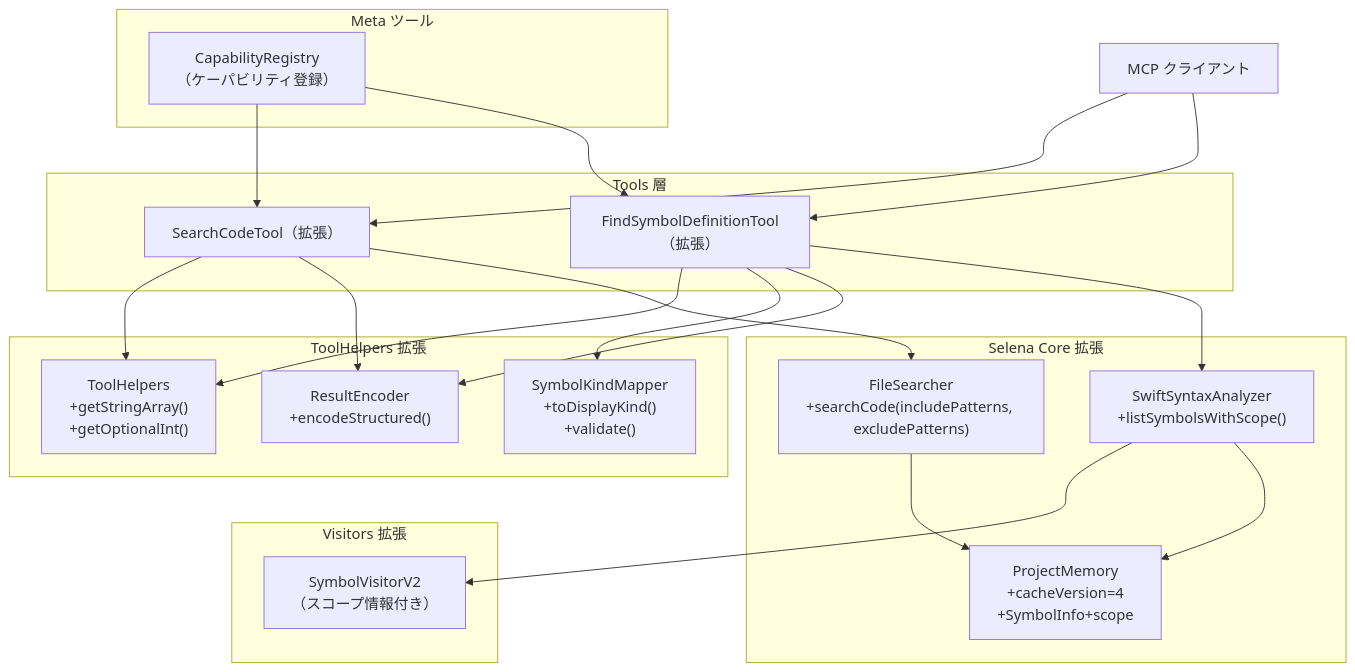
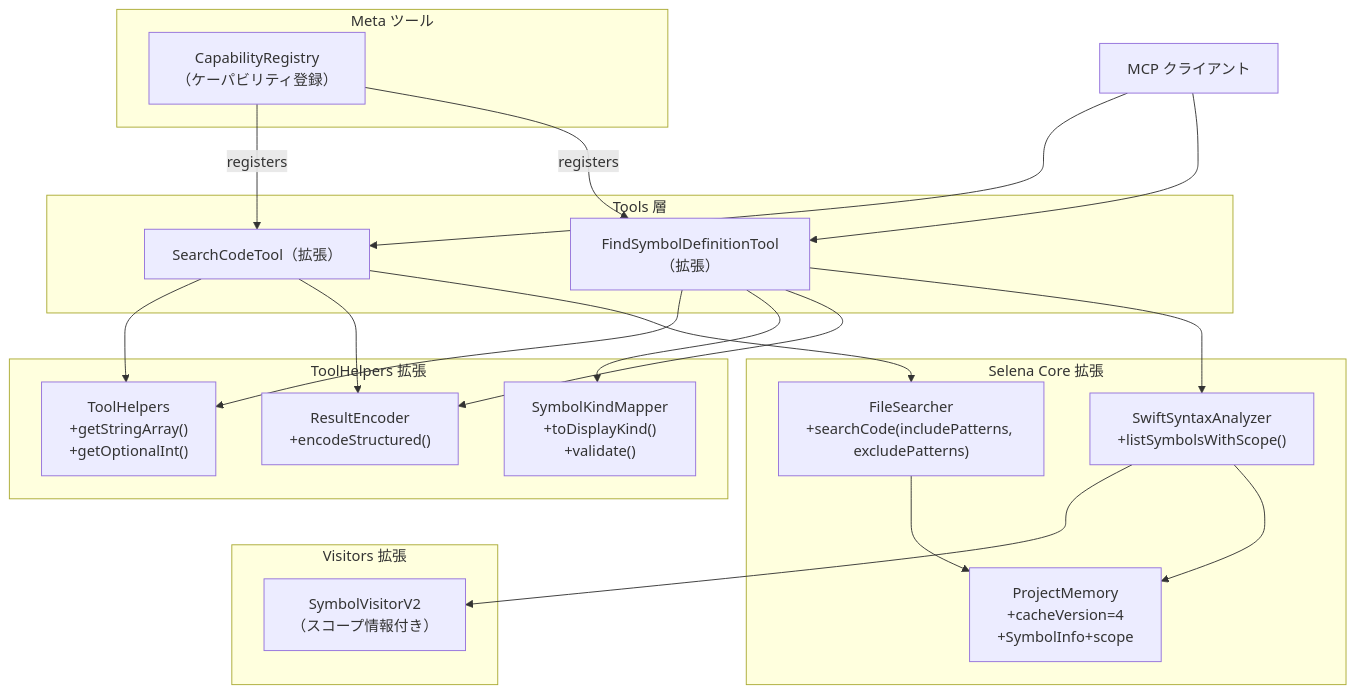
Before and after one commit to BlueEventHorizon/Swift-Selena: the first of 6 diagrams in project/improve/design/DES-104_search_symbol_tools_enhancement_design.md, drawn with Mermaid. The commit also changed other lines of this file, not shown here.

````diff
--- a/project/improve/design/DES-104_search_symbol_tools_enhancement_design.md
+++ b/project/improve/design/DES-104_search_symbol_tools_enhancement_design.md
@@ -112,39 +114,39 @@
 ```mermaid
 flowchart TB
     Client["MCP クライアント"]
     subgraph Tools["Tools 層"]
         SCT["SearchCodeTool（拡張）"]
         FSDT["FindSymbolDefinitionTool（拡張）"]
     end
     subgraph Helpers["ToolHelpers 拡張"]
         TH["ToolHelpers\n+getStringArray()\n+getOptionalInt()"]
         SKM["SymbolKindMapper\n+toDisplayKind()\n+validate()"]
         RE["ResultEncoder\n+encodeStructured()"]
     end
     subgraph Core["Selena Core 拡張"]
         FS["FileSearcher\n+searchCode(includePatterns, excludePatterns)"]
         SSA["SwiftSyntaxAnalyzer\n+listSymbolsWithScope()"]
         PM["ProjectMemory\n+cacheVersion=4\n+SymbolInfo+scope"]
     end
     subgraph Visitors["Visitors 拡張"]
         SV["SymbolVisitorV2\n（スコープ情報付き）"]
     end
     subgraph Meta["Meta ツール"]
         CAP["CapabilityRegistry\n（ケーパビリティ登録）"]
     end
 
     Client --> SCT
     Client --> FSDT
     SCT --> TH
     SCT --> RE
     SCT --> FS
     FSDT --> TH
     FSDT --> SKM
     FSDT --> RE
     FSDT --> SSA
     SSA --> SV
     SSA --> PM
     FS --> PM
-    CAP --> SCT
-    CAP --> FSDT
+    CAP -->|registers| SCT
+    CAP -->|registers| FSDT
 ```
````
